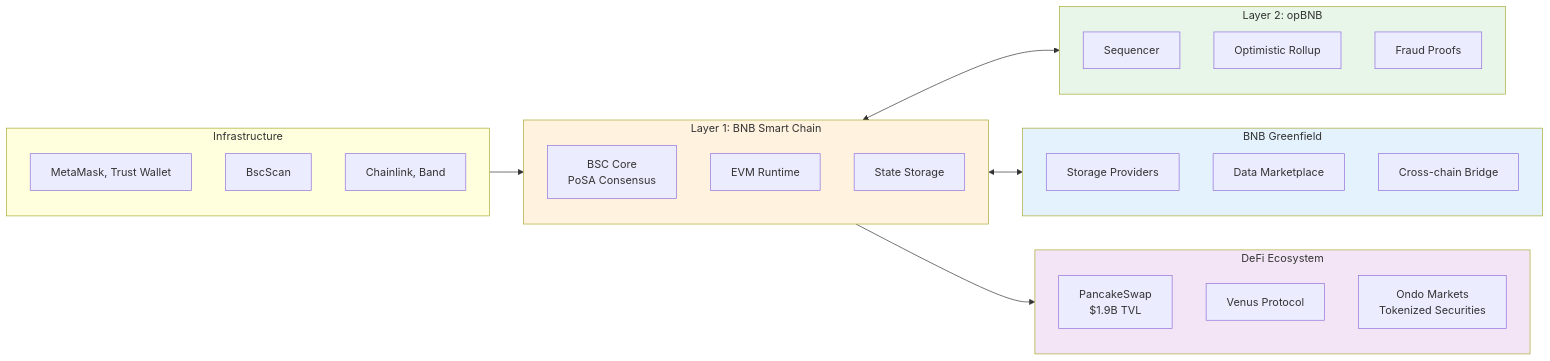
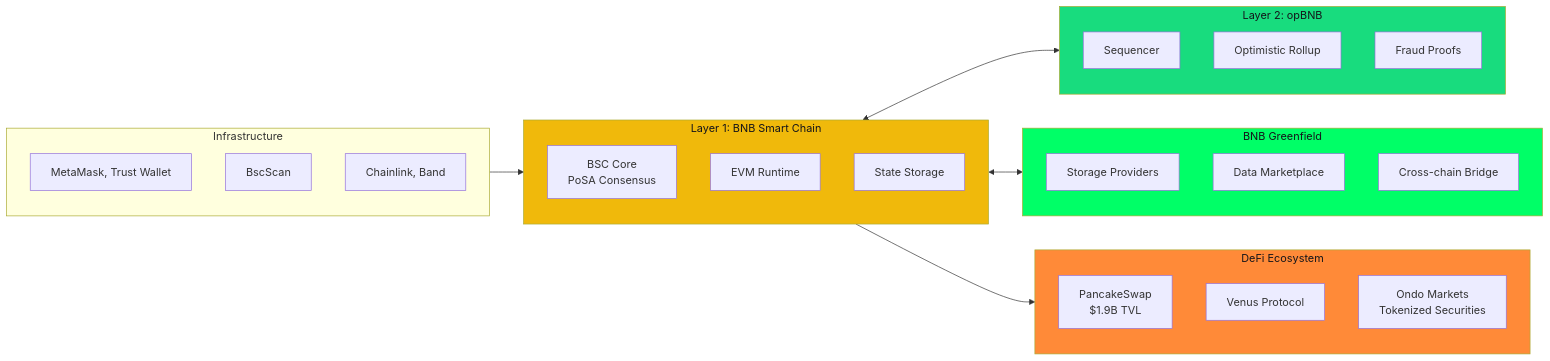
One commit to quochuydev/quochuydev changed the fifth of 8 diagrams in ai/binance-smart-chain-overview.md. Above: the diagram before and after it, drawn with Mermaid. The commit also changed other lines of this file, not shown here.

First line of the commit message:
Update BNB Chain diagrams with official brand colors

````diff
--- a/ai/binance-smart-chain-overview.md
+++ b/ai/binance-smart-chain-overview.md
@@ -131,42 +131,42 @@
 ```mermaid
 graph LR
     subgraph Layer1["Layer 1: BNB Smart Chain"]
         BSC_Core[BSC Core<br/>PoSA Consensus]
         BSC_EVM[EVM Runtime]
         BSC_State[State Storage]
     end
 
     subgraph Layer2["Layer 2: opBNB"]
         Sequencer[Sequencer]
         Rollup[Optimistic Rollup]
         FraudProof[Fraud Proofs]
     end
 
     subgraph Storage["BNB Greenfield"]
         SP[Storage Providers]
         DataMarket[Data Marketplace]
         CrossChain[Cross-chain Bridge]
     end
 
     subgraph DeFi["DeFi Ecosystem"]
         PCS[PancakeSwap<br/>$1.9B TVL]
         Venus[Venus Protocol]
         Ondo[Ondo Markets<br/>Tokenized Securities]
     end
 
     subgraph Infra["Infrastructure"]
         Wallets[MetaMask, Trust Wallet]
         Explorers[BscScan]
         Oracles[Chainlink, Band]
     end
 
     Layer1 <--> Layer2
     Layer1 <--> Storage
     Layer1 --> DeFi
     Infra --> Layer1
 
-    style Layer1 fill:#fff3e0
-    style Layer2 fill:#e8f5e9
-    style Storage fill:#e3f2fd
-    style DeFi fill:#f3e5f5
+    style Layer1 fill:#F0B90B,color:#14151A
+    style Layer2 fill:#18DC7E,color:#14151A
+    style Storage fill:#00FF67,color:#14151A
+    style DeFi fill:#FF8A38,color:#14151A
 ```
````
